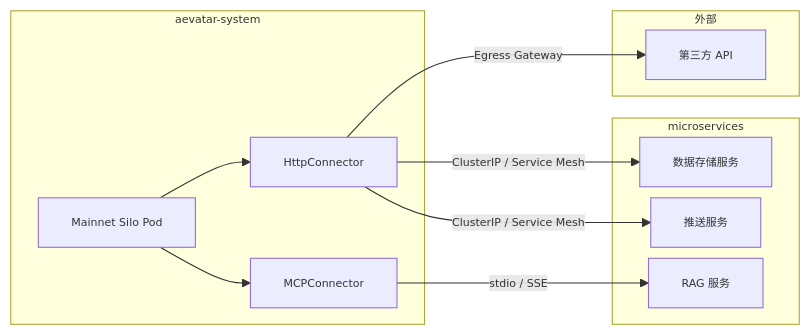
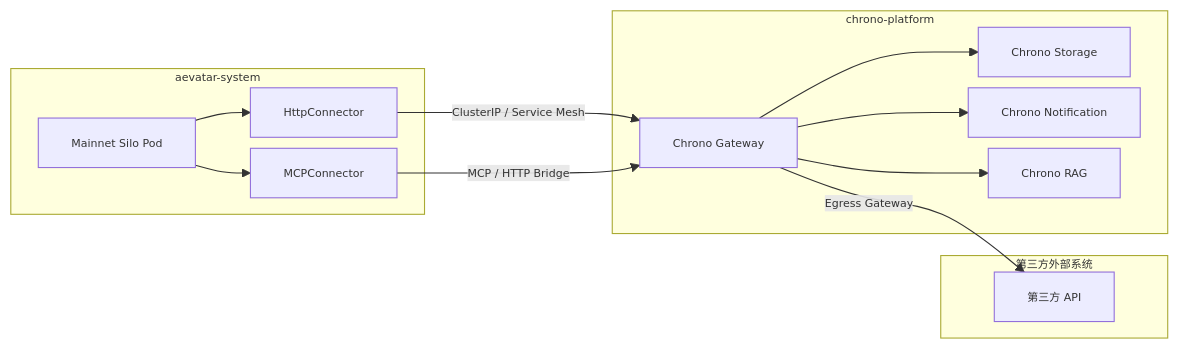
Diagram 14 of 19 in docs/architecture/AEVATAR_MAINNET_ARCHITECTURE.md (aevatarAI/aevatar), drawn with Mermaid before and after one commit. The commit also changed other lines of this file, not shown here.

Commit message:
update architecture doc

````diff
--- a/docs/architecture/AEVATAR_MAINNET_ARCHITECTURE.md
+++ b/docs/architecture/AEVATAR_MAINNET_ARCHITECTURE.md
@@ -853,25 +947,27 @@
 ```mermaid
 %%{init: {"maxTextSize": 100000, "flowchart": {"useMaxWidth": false, "nodeSpacing": 10, "rankSpacing": 50}, "themeVariables": {"fontSize": "10px"}}}%%
 flowchart LR
     subgraph mainnet_ns ["aevatar-system"]
         Silo["Mainnet Silo Pod"]
         HC["HttpConnector"]
         MC["MCPConnector"]
     end
 
-    subgraph svc_ns ["microservices"]
-        DataSvc["数据存储服务"]
-        PushSvc["推送服务"]
-        RAGSvc["RAG 服务"]
+    subgraph chrono_ns ["chrono-platform"]
+        ChronoGW["Chrono Gateway"]
+        DataSvc["Chrono Storage"]
+        PushSvc["Chrono Notification"]
+        RAGSvc["Chrono RAG"]
     end
 
-    subgraph ext ["外部"]
+    subgraph ext ["第三方外部系统"]
         ThirdParty["第三方 API"]
     end
 
     Silo --> HC
     Silo --> MC
-    HC -->|"ClusterIP / Service Mesh"| DataSvc & PushSvc
-    MC -->|"stdio / SSE"| RAGSvc
-    HC -->|"Egress Gateway"| ThirdParty
+    HC -->|"ClusterIP / Service Mesh"| ChronoGW
+    MC -->|"MCP / HTTP Bridge"| ChronoGW
+    ChronoGW --> DataSvc & PushSvc & RAGSvc
+    ChronoGW -->|"Egress Gateway"| ThirdParty
 ```
````
